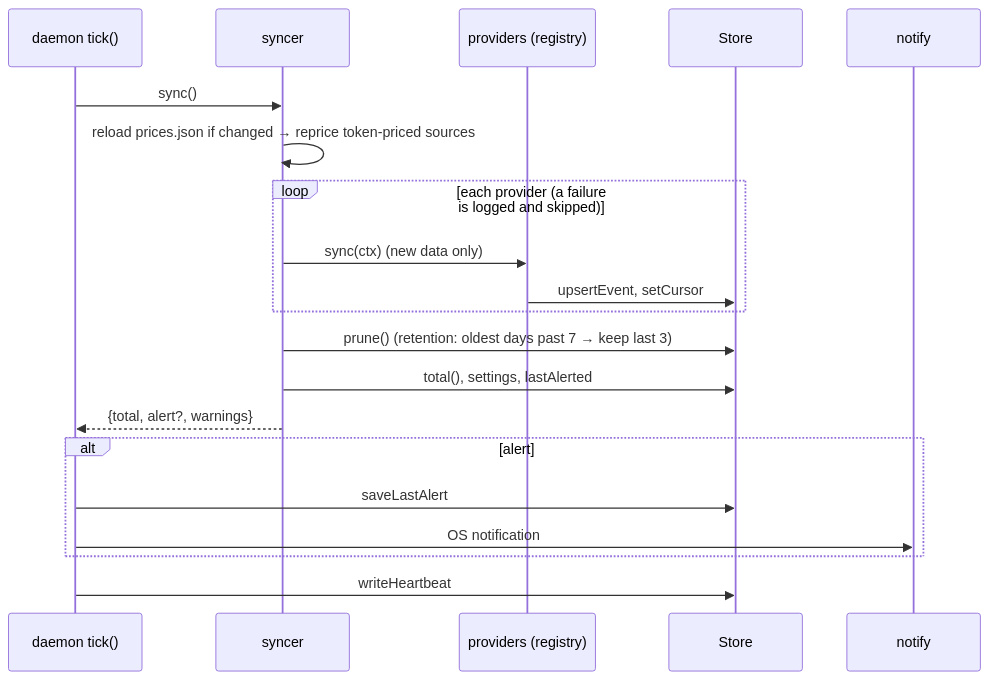
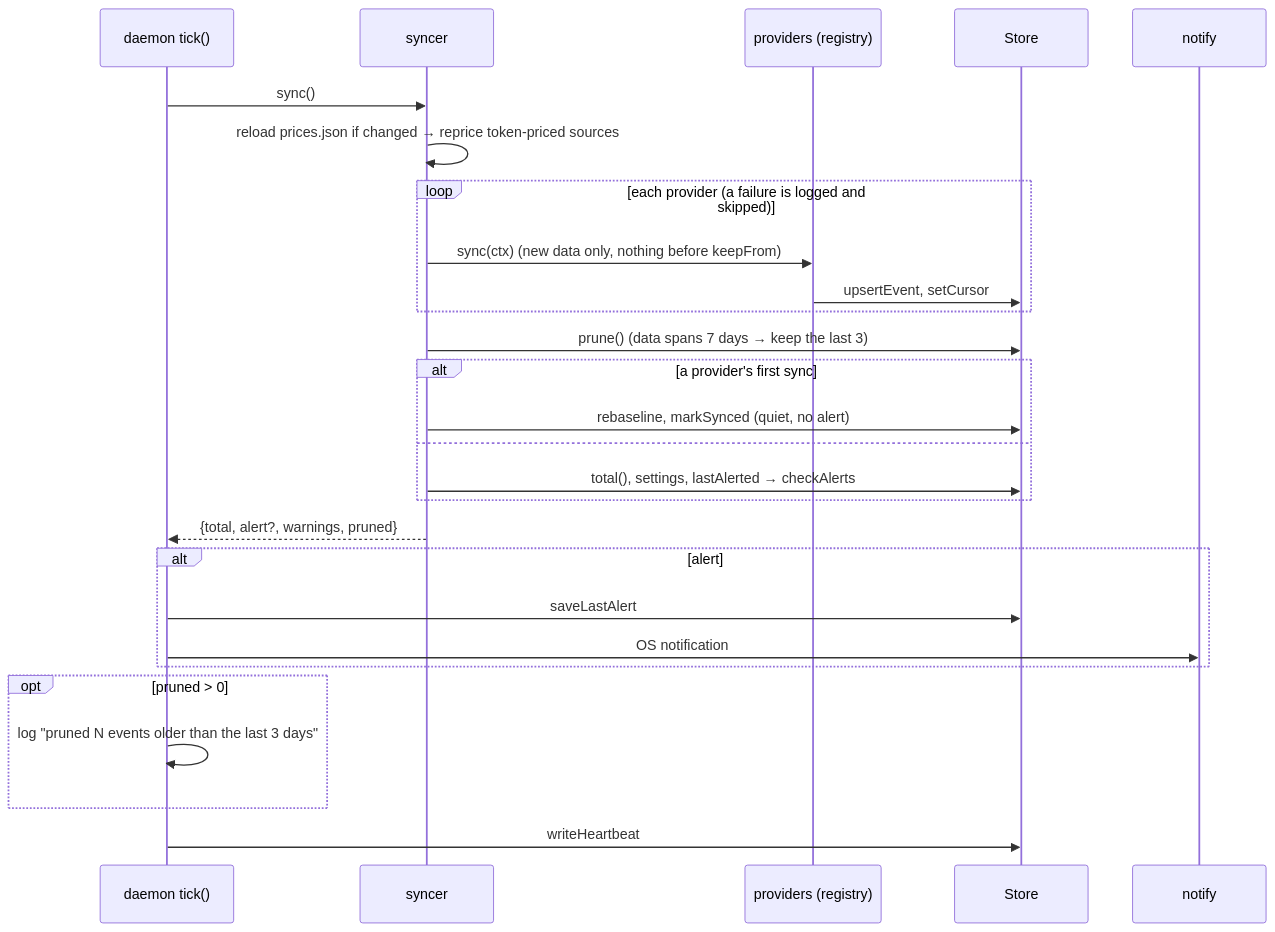
One commit to KevinRebakure/BeAware changed the first of 6 diagrams in docs/developer/flows.md. Above: the diagram before and after it, drawn with Mermaid. The commit also changed other lines of this file and 8 other files, not shown here.

Commit message:
update architecture and documentation for data retention and screen handling

````diff
--- a/docs/developer/flows.md
+++ b/docs/developer/flows.md
@@ -4,22 +4,29 @@
 ```mermaid
 sequenceDiagram
   participant D as daemon tick()
   participant Sy as syncer
   participant P as providers (registry)
   participant St as Store
   participant N as notify
   D->>Sy: sync()
   Sy->>Sy: reload prices.json if changed → reprice token-priced sources
   loop each provider (a failure is logged and skipped)
-    Sy->>P: sync(ctx) (new data only)
+    Sy->>P: sync(ctx) (new data only, nothing before keepFrom)
     P->>St: upsertEvent, setCursor
   end
-  Sy->>St: prune() (retention: oldest days past 7 → keep last 3)
-  Sy->>St: total(), settings, lastAlerted
-  Sy-->>D: {total, alert?, warnings}
+  Sy->>St: prune() (data spans 7 days → keep the last 3)
+  alt a provider's first sync
+    Sy->>St: rebaseline, markSynced (quiet, no alert)
+  else
+    Sy->>St: total(), settings, lastAlerted → checkAlerts
+  end
+  Sy-->>D: {total, alert?, warnings, pruned}
   alt alert
     D->>St: saveLastAlert
     D->>N: OS notification
   end
+  opt pruned > 0
+    D->>D: log "pruned N events older than the last 3 days"
+  end
   D->>St: writeHeartbeat
 ```
````
